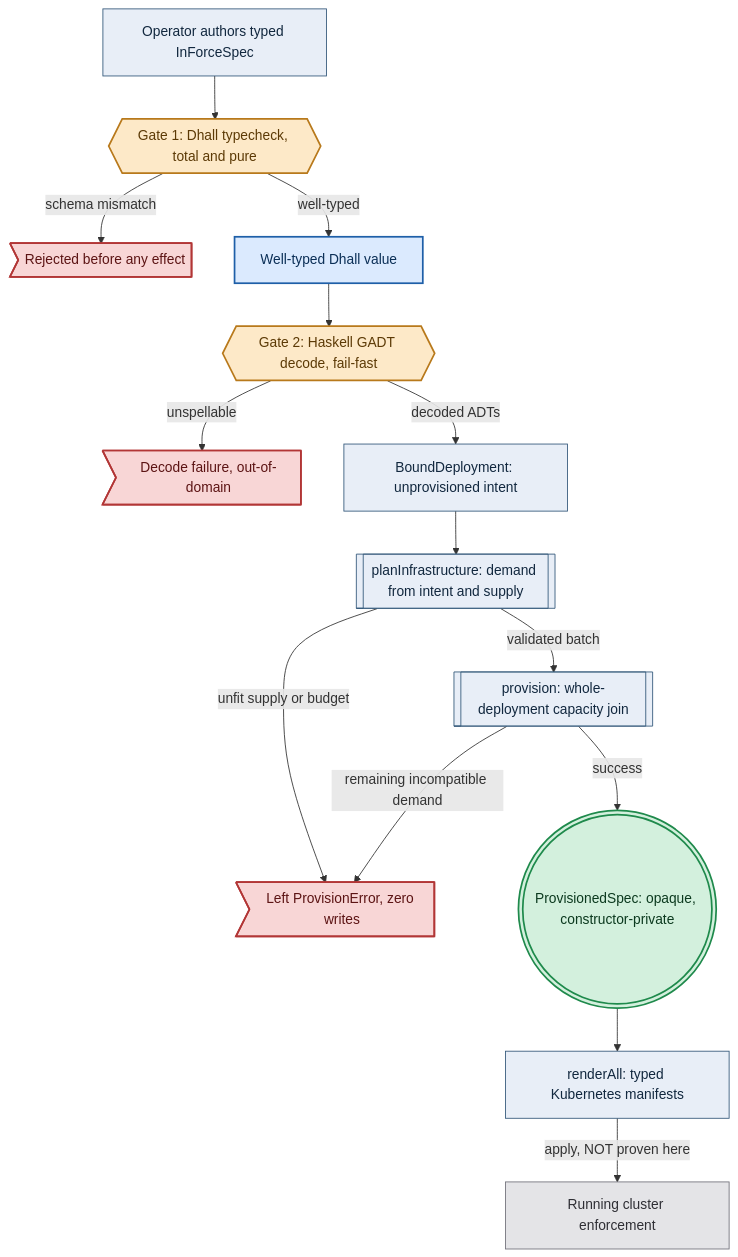
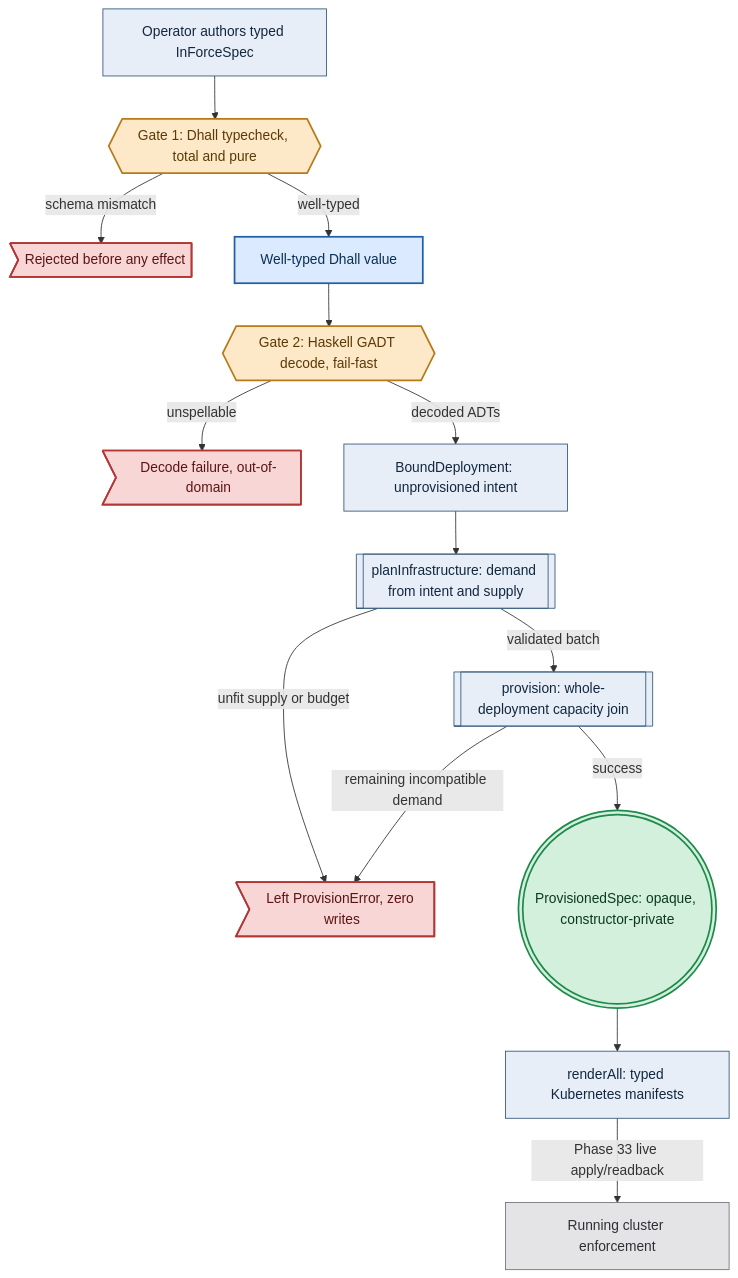
One commit to Tuee22/amoebius changed the fourth of 4 diagrams in documents/engineering/dsl_doctrine.md. Above: the diagram before and after it, drawn with Mermaid. The commit also changed other lines of this file and 1894 other files, not shown here.

````diff
--- a/documents/engineering/dsl_doctrine.md
+++ b/documents/engineering/dsl_doctrine.md
@@ -562,38 +608,38 @@
 ```mermaid
 flowchart TD
 %% register: algebra
   author["Operator authors typed InForceSpec"]:::intent
   g1{{"Gate 1: Dhall typecheck, total and pure"}}:::gate
   typed["Well-typed Dhall value"]:::provenPB
   g2{{"Gate 2: Haskell GADT decode, fail-fast"}}:::gate
   bound["BoundDeployment: unprovisioned intent"]:::intent
   plan[["planInfrastructure: demand from intent and supply"]]:::intent
   prov[["provision: whole-deployment capacity join"]]:::intent
   sealed((("ProvisionedSpec: opaque, constructor-private"))):::seal
   render["renderAll: typed Kubernetes manifests"]:::intent
   live["Running cluster enforcement"]:::runtime
   rej1>"Rejected before any effect"]:::refuse
   rej2>"Decode failure, out-of-domain"]:::refuse
   rej3>"Left ProvisionError, zero writes"]:::refuse
   author --> g1
   g1 -->|"schema mismatch"| rej1
   g1 -->|"well-typed"| typed
   typed --> g2
   g2 -->|"unspellable"| rej2
   g2 -->|"decoded ADTs"| bound
   bound --> plan
   plan -->|"unfit supply or budget"| rej3
   plan -->|"validated batch"| prov
   prov -->|"remaining incompatible demand"| rej3
   prov -->|"success"| sealed
   sealed --> render
-  render -->|"apply, NOT proven here"| live
+  render -->|"Phase 33 live apply/readback"| live
   classDef intent   fill:#e8eef7,stroke:#33587a,color:#12283f,stroke-width:1px
   classDef provenPB fill:#dbeafe,stroke:#1e5fa8,color:#0b2f57,stroke-width:2px
   classDef gate     fill:#fde9c8,stroke:#b8791b,color:#5c3a06,stroke-width:2px
   classDef decision fill:#fdf3d8,stroke:#b8791b,color:#5c3a06,stroke-width:1px
   classDef effect   fill:#e7ddf5,stroke:#6b3fa0,color:#2f1a52,stroke-width:2px
   classDef seal     fill:#d3f0dd,stroke:#1f8a4c,color:#0c3a1f,stroke-width:2px
   classDef refuse   fill:#f8d6d6,stroke:#b23636,color:#5c1414,stroke-width:2px
   classDef runtime  fill:#e4e4e7,stroke:#71717a,color:#2f2f35,stroke-width:1px
 ```
````
